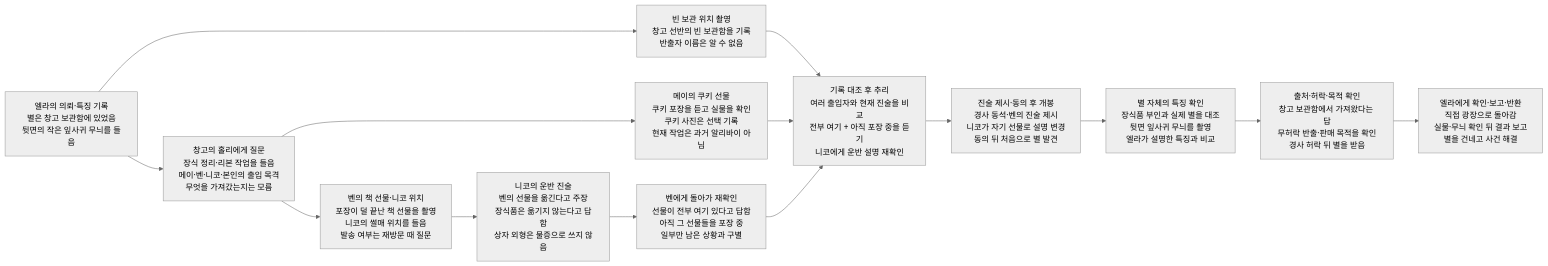
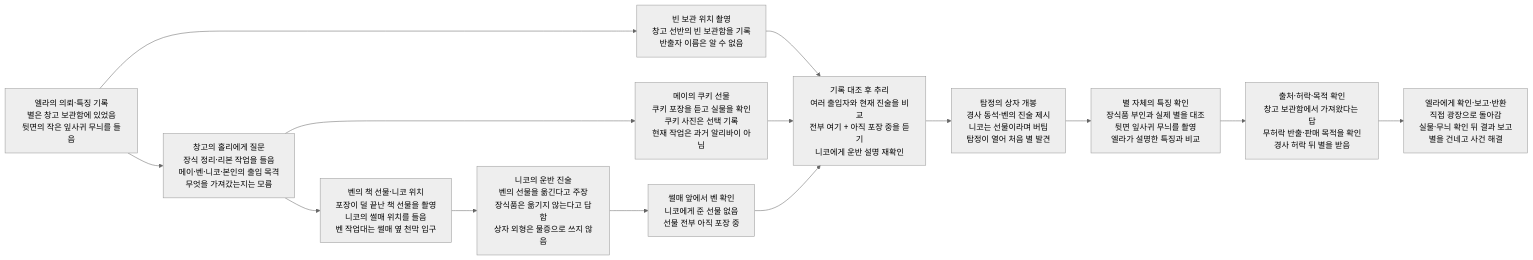
The second of 2 diagrams in design/case-10-christmas-star.md (wonny95/detective-v2), drawn with Mermaid (neutral theme) before and after one commit. The commit also changed other lines of this file and 6 other files, not shown here.

Commit message:
기획: 썰매 앞에서 벤에게 확인하고 탐정이 상자 개봉

````diff
--- a/design/case-10-christmas-star.md
+++ b/design/case-10-christmas-star.md
@@ -47,28 +47,28 @@
 ```mermaid
 flowchart LR
     s1["엘라의 의뢰·특징 기록<br/>별은 창고 보관함에 있었음<br/>뒷면의 작은 잎사귀 무늬를 들음"]
     s2["창고의 홀리에게 질문<br/>장식 정리·리본 작업을 들음<br/>메이·벤·니코·본인의 출입 목격<br/>무엇을 가져갔는지는 모름"]
     s3["빈 보관 위치 촬영<br/>창고 선반의 빈 보관함을 기록<br/>반출자 이름은 알 수 없음"]
     s4["메이의 쿠키 선물<br/>쿠키 포장을 듣고 실물을 확인<br/>쿠키 사진은 선택 기록<br/>현재 작업은 과거 알리바이 아님"]
-    s5["벤의 책 선물·니코 위치<br/>포장이 덜 끝난 책 선물을 촬영<br/>니코의 썰매 위치를 들음<br/>발송 여부는 재방문 때 질문"]
+    s5["벤의 책 선물·니코 위치<br/>포장이 덜 끝난 책 선물을 촬영<br/>니코의 썰매 위치를 들음<br/>벤 작업대는 썰매 옆 천막 입구"]
     s6["니코의 운반 진술<br/>벤의 선물을 옮긴다고 주장<br/>장식품은 옮기지 않는다고 답함<br/>상자 외형은 물증으로 쓰지 않음"]
-    s7["벤에게 돌아가 재확인<br/>선물이 전부 여기 있다고 답함<br/>아직 그 선물들을 포장 중<br/>일부만 남은 상황과 구별"]
+    s7["썰매 앞에서 벤 확인<br/>니코에게 준 선물 없음<br/>선물 전부 아직 포장 중"]
     s8["기록 대조 후 추리<br/>여러 출입자와 현재 진술을 비교<br/>전부 여기 + 아직 포장 중을 듣기<br/>니코에게 운반 설명 재확인"]
-    s9["진술 제시·동의 후 개봉<br/>경사 동석·벤의 진술 제시<br/>니코가 자기 선물로 설명 변경<br/>동의 뒤 처음으로 별 발견"]
+    s9["탐정의 상자 개봉<br/>경사 동석·벤의 진술 제시<br/>니코는 선물이라며 버팀<br/>탐정이 열어 처음 별 발견"]
     s10["별 자체의 특징 확인<br/>장식품 부인과 실제 별을 대조<br/>뒷면 잎사귀 무늬를 촬영<br/>엘라가 설명한 특징과 비교"]
     s11["출처·허락·목적 확인<br/>창고 보관함에서 가져왔다는 답<br/>무허락 반출·판매 목적을 확인<br/>경사 허락 뒤 별을 받음"]
     s12["엘라에게 확인·보고·반환<br/>직접 광장으로 돌아감<br/>실물·무늬 확인 뒤 결과 보고<br/>별을 건네고 사건 해결"]
     s1 --> s2
     s1 --> s3
     s2 --> s4
     s2 --> s5
     s3 --> s8
     s4 --> s8
     s5 --> s6
     s6 --> s7
     s7 --> s8
     s8 --> s9
     s9 --> s10
     s10 --> s11
     s11 --> s12
 ```
````
